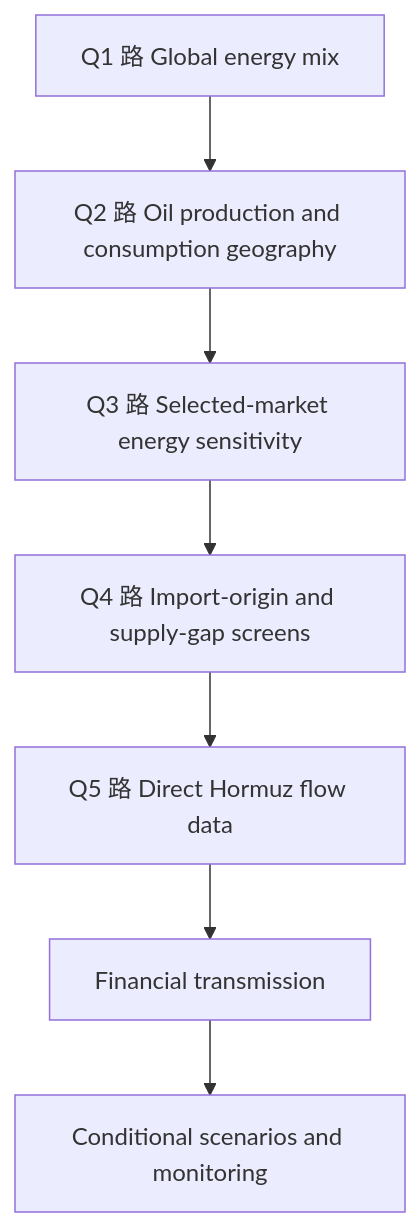
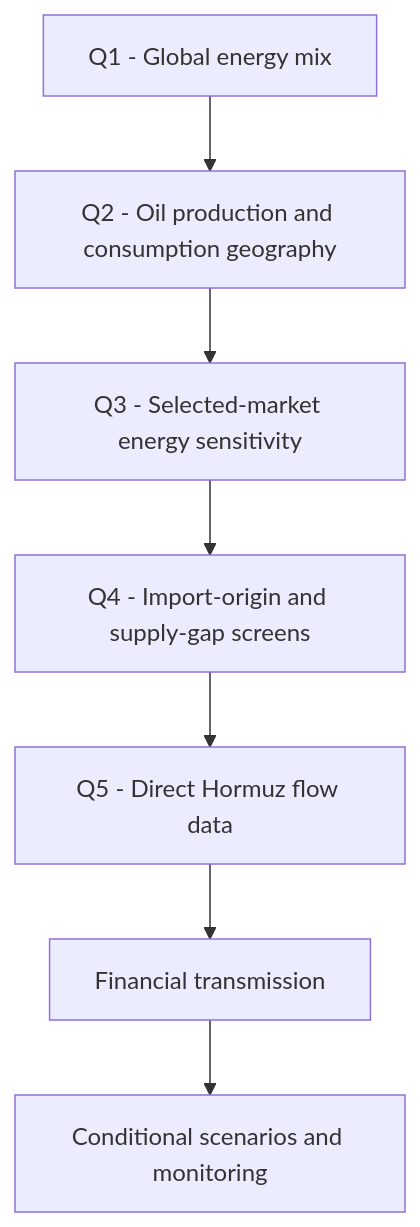
One commit to ZiyuanLi-Econ/Python-Program changed the diagram in Project-01-Hormuz-Energy-Risk/README.md. Above: the diagram before and after it, drawn with Mermaid. The commit also changed other lines of this file and 1 other file, not shown here.

````diff
--- a/Project-01-Hormuz-Energy-Risk/README.md
+++ b/Project-01-Hormuz-Energy-Risk/README.md
@@ -25,9 +25,9 @@
 ```mermaid
 flowchart TD
-    A["Q1 路 Global energy mix"] --> B["Q2 路 Oil production and consumption geography"]
-    B --> C["Q3 路 Selected-market energy sensitivity"]
-    C --> D["Q4 路 Import-origin and supply-gap screens"]
-    D --> E["Q5 路 Direct Hormuz flow data"]
+    A["Q1 - Global energy mix"] --> B["Q2 - Oil production and consumption geography"]
+    B --> C["Q3 - Selected-market energy sensitivity"]
+    C --> D["Q4 - Import-origin and supply-gap screens"]
+    D --> E["Q5 - Direct Hormuz flow data"]
     E --> F["Financial transmission"]
     F --> G["Conditional scenarios and monitoring"]
 ```
````
